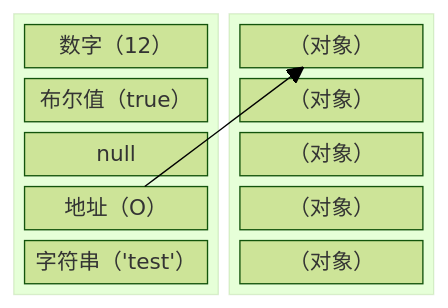
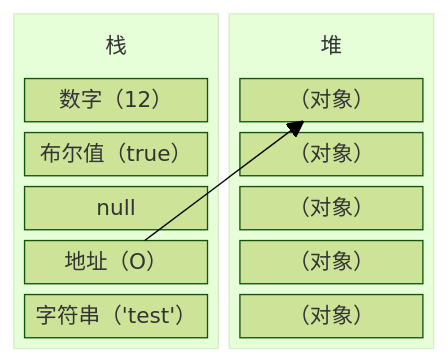
The first of 2 diagrams in 前端/JavaScript 高级教程/2 ECMAScript 基础.md (Linho1219/LinhoNotes), drawn with Mermaid (forest theme) before and after one commit. The commit also changed other lines of this file and 6 other files, not shown here.

````diff
--- a/前端/JavaScript 高级教程/2 ECMAScript 基础.md
+++ b/前端/JavaScript 高级教程/2 ECMAScript 基础.md
@@ -284,21 +353,25 @@
 ```mermaid
 block-beta
   columns 4
   block:group1:2
     columns 1
+    t1["栈"]
     a["数字（12）"]
     b["布尔值（true）"]
     c["null"]
     d["地址（O）"]
     e["字符串（'test'）"]
   end
   block:group2:2
     columns 1
+    t2["堆"]
     f["（对象）"]
     g["（对象）"]
     h["（对象）"]
     i["（对象）"]
     j["（对象）"]
   end
 d --> f
+style t1 stroke:none,fill:none
+style t2 stroke:none,fill:none
 ```
````
